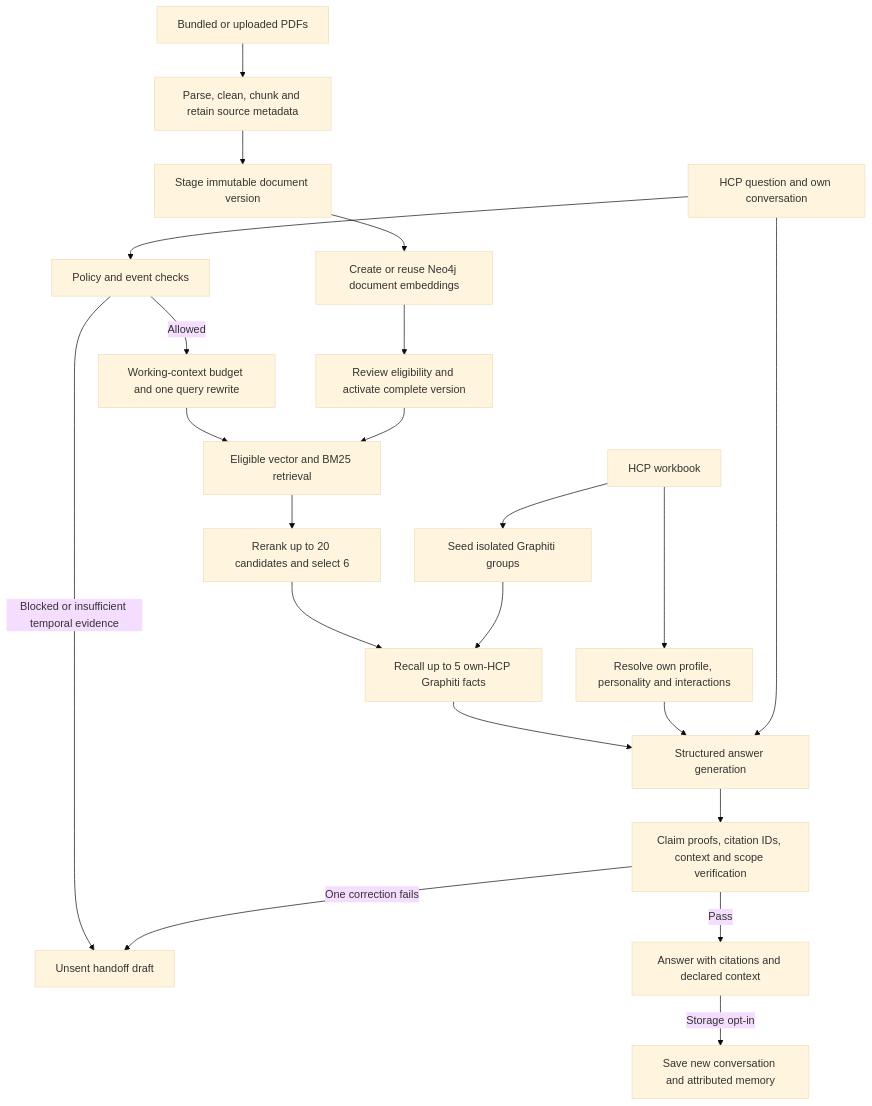
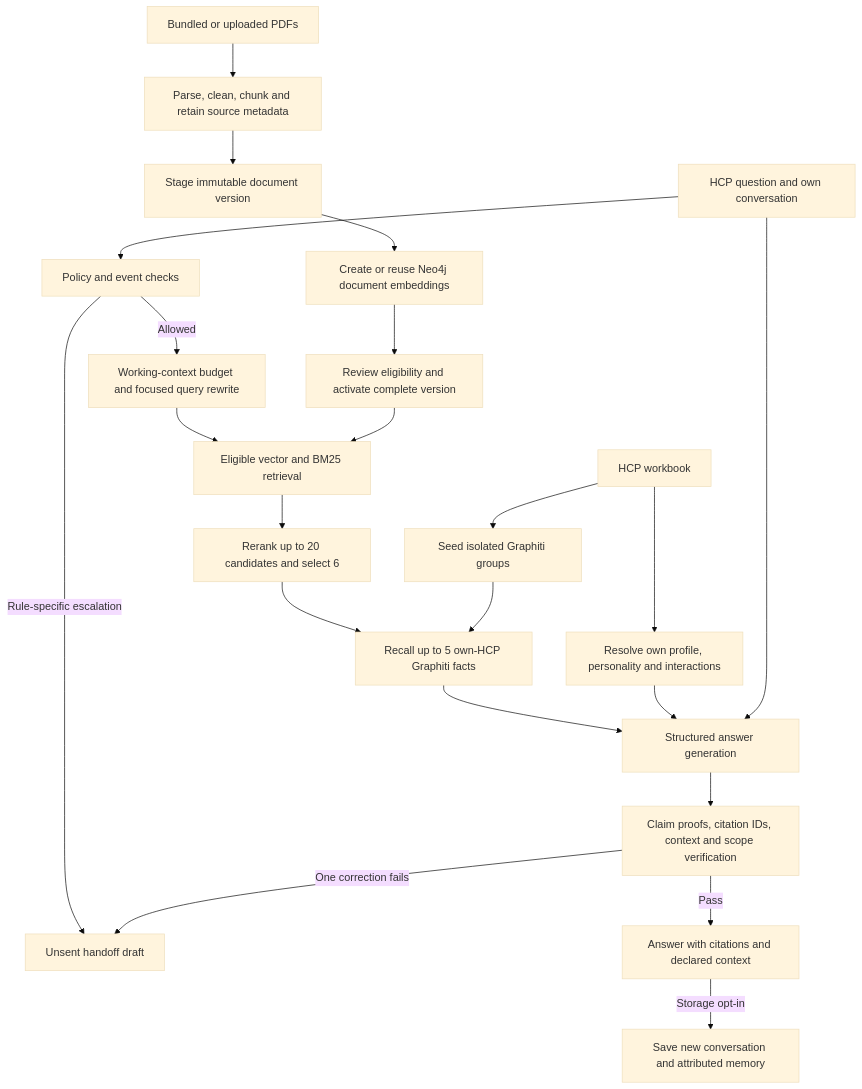
Before and after one commit to aribakhtar/camzyos-contextual-rep: the diagram in docs/project-flow.md, drawn with Mermaid (base theme). The commit also changed other lines of this file and 39 other files, not shown here.

````diff
--- a/docs/project-flow.md
+++ b/docs/project-flow.md
@@ -6,24 +10,24 @@
 ```mermaid
 flowchart TD
     PDF[Bundled or uploaded PDFs] --> PREP[Parse, clean, chunk and retain source metadata]
     PREP --> STAGE[Stage immutable document version]
     STAGE --> VEC[Create or reuse Neo4j document embeddings]
     VEC --> REVIEW[Review eligibility and activate complete version]
     BOOK[HCP workbook] --> PROFILE[Resolve own profile, personality and interactions]
     BOOK --> SEED[Seed isolated Graphiti groups]
     UI[HCP question and own conversation] --> POLICY[Policy and event checks]
-    POLICY -->|Blocked or insufficient temporal evidence| HANDOFF[Unsent handoff draft]
-    POLICY -->|Allowed| QUERY[Working-context budget and one query rewrite]
+    POLICY -->|Rule-specific escalation| HANDOFF[Unsent handoff draft]
+    POLICY -->|Allowed| QUERY[Working-context budget and focused query rewrite]
     QUERY --> RETRIEVE[Eligible vector and BM25 retrieval]
     REVIEW --> RETRIEVE
     RETRIEVE --> RANK[Rerank up to 20 candidates and select 6]
     RANK --> MEMORY[Recall up to 5 own-HCP Graphiti facts]
     SEED --> MEMORY
     MEMORY --> GEN[Structured answer generation]
     PROFILE --> GEN
     UI --> GEN
     GEN --> AUDIT[Claim proofs, citation IDs, context and scope verification]
     AUDIT -->|Pass| ANSWER[Answer with citations and declared context]
     AUDIT -->|One correction fails| HANDOFF
     ANSWER -->|Storage opt-in| SAVE[Save new conversation and attributed memory]
 ```
````
